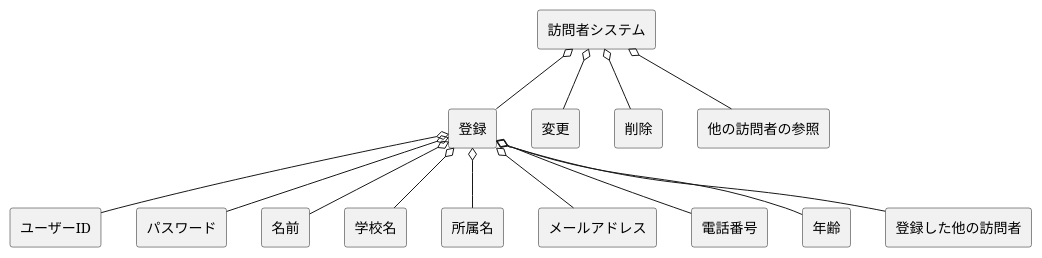
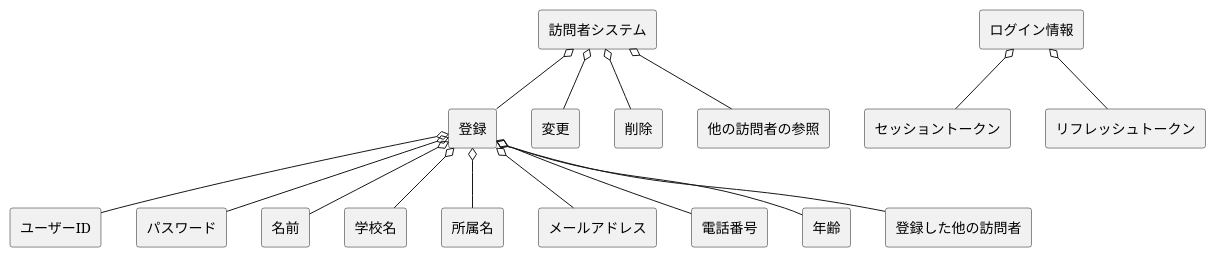
One commit to takesue0630/practice_uml changed the diagram in group/07_web_visitor/domain.pu. Above: the diagram before and after it, drawn with PlantUML. The commit also changed 11 other files, not shown here.

Commit message:
【新規】ロバストネス図、シーケンス図

```diff
--- a/group/07_web_visitor/domain.pu
+++ b/group/07_web_visitor/domain.pu
@@ -1,21 +1,24 @@
 @startuml 訪問者システムドメインモデル図
 skinparam componentStyle rectangle
 
 [訪問者システム] o-- [登録]
 [訪問者システム] o-- [変更]
 [訪問者システム] o-- [削除]
 [訪問者システム] o-- [他の訪問者の参照]
 
 
 
 [登録] o-- [ユーザーID]
 [登録] o-- [パスワード]
 [登録] o-- [名前]
 [登録] o-- [学校名]
 [登録] o-- [所属名]
 [登録] o-- [メールアドレス]
 [登録] o-- [電話番号]
 [登録] o-- [年齢]
 [登録] o-- [登録した他の訪問者]
 
+[ログイン情報] o-- [セッショントークン]
+[ログイン情報] o-- [リフレッシュトークン]
+
 @enduml
```
